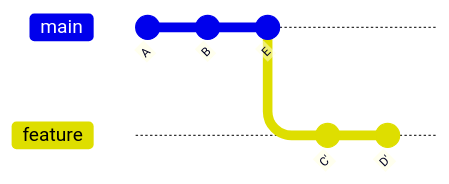
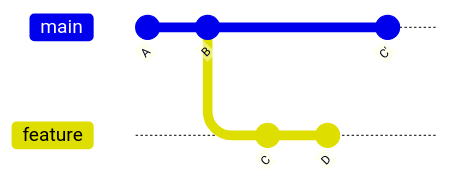
Before and after one commit to Conorrr/talks: the eighth of 9 diagrams in git-talk/slides.md, drawn with Mermaid. The commit also changed other lines of this file and 2 other files, not shown here.

````diff
--- a/git-talk/slides.md
+++ b/git-talk/slides.md
@@ -610,10 +657,11 @@
 ```mermaid
 gitGraph
    commit id: "A"
    commit id: "B"
-   commit id: "E"
    branch feature
    checkout feature
+   commit id: "C"
+   commit id: "D"
+   checkout main
    commit id: "C'"
-   commit id: "D'"
 ```
````
